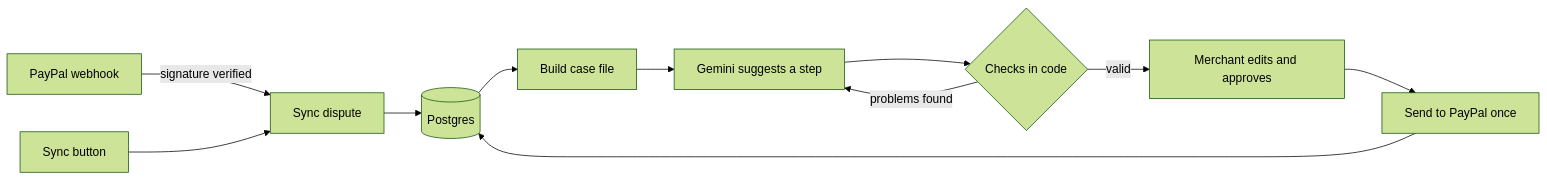
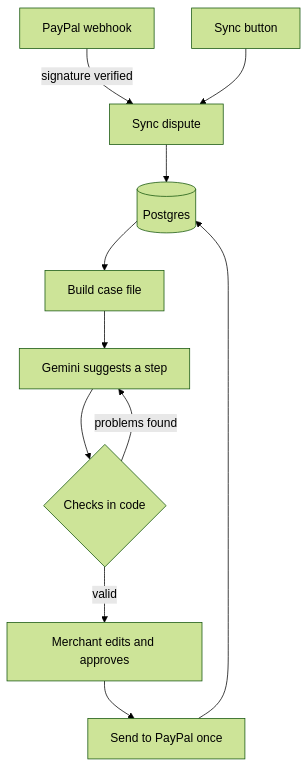
Before and after one commit to anishonly121/dispute-desk: the diagram in README.md, drawn with Mermaid (forest theme). The commit also changed other lines of this file, not shown here.

Commit message:
Update README for public demo

````diff
--- a/README.md
+++ b/README.md
@@ -29,13 +29,13 @@
 ```mermaid
-flowchart LR
+flowchart TD
   A[PayPal webhook] -->|signature verified| B[Sync dispute]
   S[Sync button] --> B
   B --> C[(Postgres)]
   C --> D[Build case file]
   D --> E[Gemini suggests a step]
   E --> F{Checks in code}
   F -->|problems found| E
   F -->|valid| G[Merchant edits and approves]
   G --> H[Send to PayPal once]
   H --> C
 ```
````
